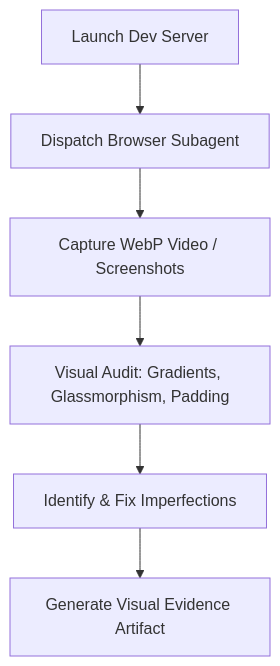
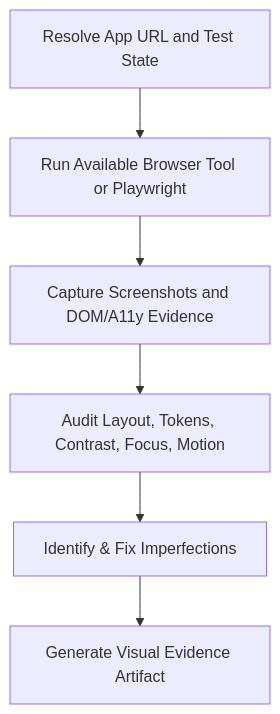
One commit to lkindo/egov-enterprise changed the diagram in .agent/skills/visual-auditor/SKILL.md. Above: the diagram before and after it, drawn with Mermaid. The commit also changed other lines of this file and 102 other files, not shown here.

````diff
--- a/.agent/skills/visual-auditor/SKILL.md
+++ b/.agent/skills/visual-auditor/SKILL.md
@@ -20,8 +19,8 @@
 ```mermaid
 graph TD
-    A[Launch Dev Server] --> B[Dispatch Browser Subagent]
-    B --> C[Capture WebP Video / Screenshots]
-    C --> D[Visual Audit: Gradients, Glassmorphism, Padding]
+    A[Resolve App URL and Test State] --> B[Run Available Browser Tool or Playwright]
+    B --> C[Capture Screenshots and DOM/A11y Evidence]
+    C --> D[Audit Layout, Tokens, Contrast, Focus, Motion]
     D --> E[Identify & Fix Imperfections]
     E --> F[Generate Visual Evidence Artifact]
 ```
````
